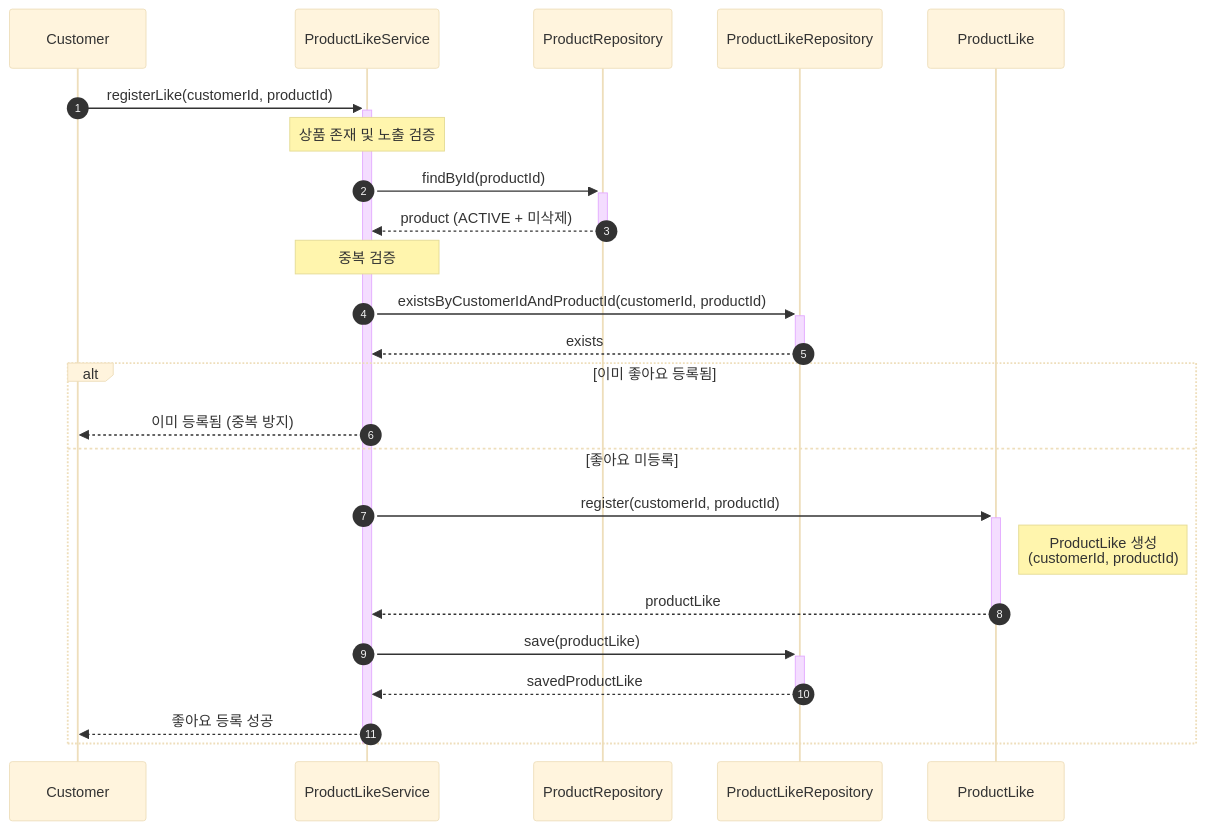
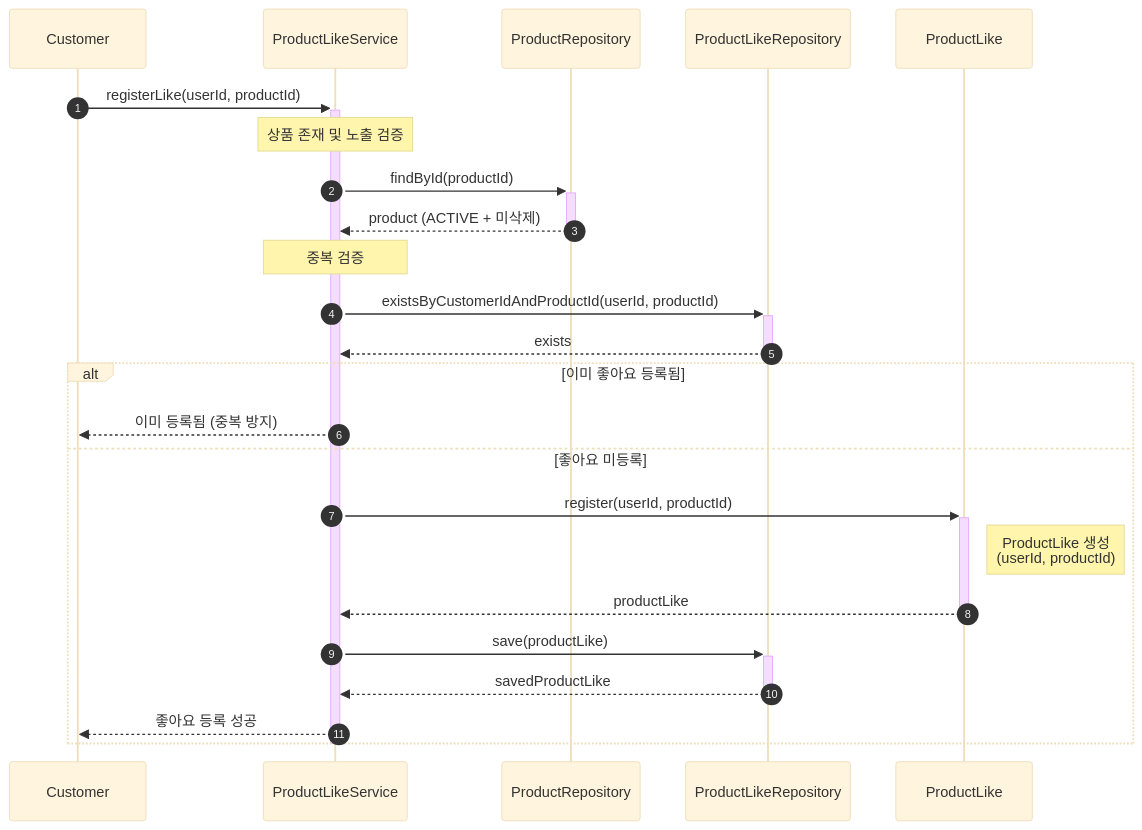
Before and after one commit to Loopers-dev-lab/loop-pack-be-l2-vol3-kotlin: the third of 5 diagrams in docs/design/03-sequence-diagram.md, drawn with Mermaid (base theme). The commit also changed other lines of this file and 4 other files, not shown here.

````diff
--- a/docs/design/03-sequence-diagram.md
+++ b/docs/design/03-sequence-diagram.md
@@ -180,30 +180,30 @@
 ```mermaid
 sequenceDiagram
     autonumber
     participant C as Customer
     participant PLS as ProductLikeService
     participant PR as ProductRepository
     participant PLR as ProductLikeRepository
     participant PL as ProductLike
-    C ->>+ PLS: registerLike(customerId, productId)
+    C ->>+ PLS: registerLike(userId, productId)
     Note over PLS: 상품 존재 및 노출 검증
     PLS ->>+ PR: findById(productId)
     PR -->>- PLS: product (ACTIVE + 미삭제)
 
     Note over PLS: 중복 검증
-    PLS ->>+ PLR: existsByCustomerIdAndProductId(customerId, productId)
+    PLS ->>+ PLR: existsByCustomerIdAndProductId(userId, productId)
     PLR -->>- PLS: exists
 
     alt 이미 좋아요 등록됨
         PLS -->> C: 이미 등록됨 (중복 방지)
     else 좋아요 미등록
-        PLS ->>+ PL: register(customerId, productId)
-        Note right of PL: ProductLike 생성<br/>(customerId, productId)
+        PLS ->>+ PL: register(userId, productId)
+        Note right of PL: ProductLike 생성<br/>(userId, productId)
         PL -->>- PLS: productLike
         PLS ->>+ PLR: save(productLike)
         PLR -->>- PLS: savedProductLike
         PLS -->> C: 좋아요 등록 성공
     end
 
     deactivate PLS
 ```
````
